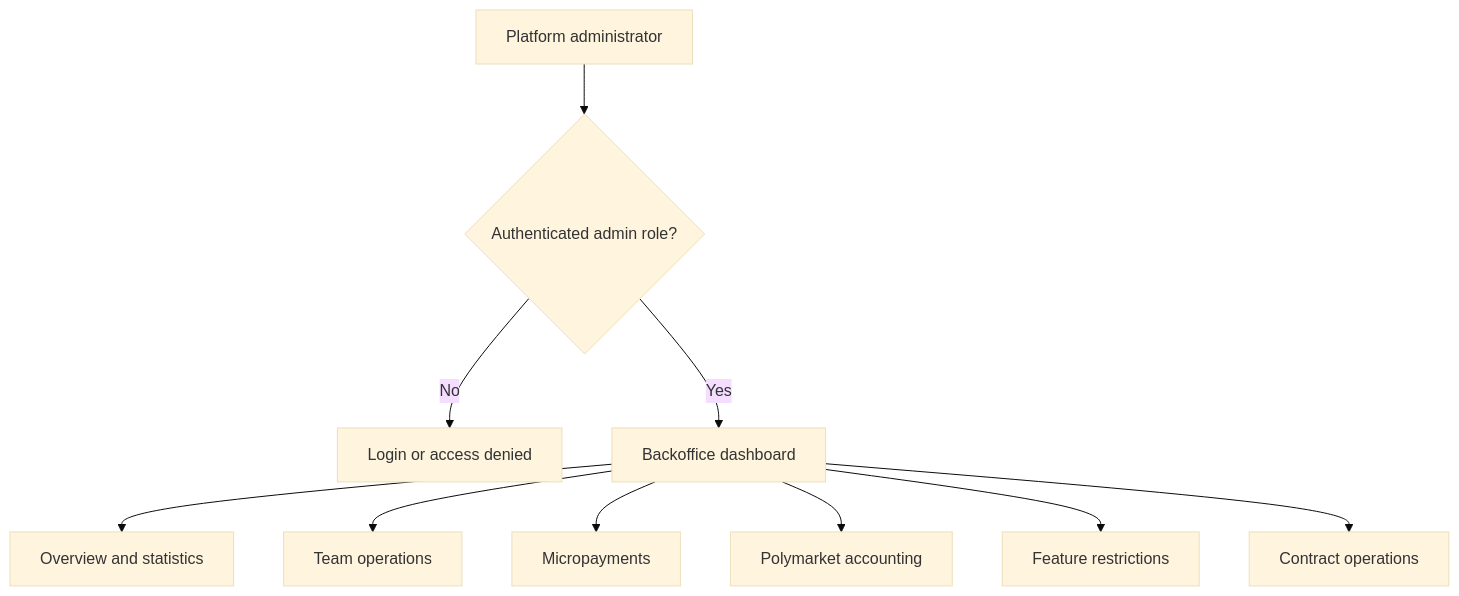
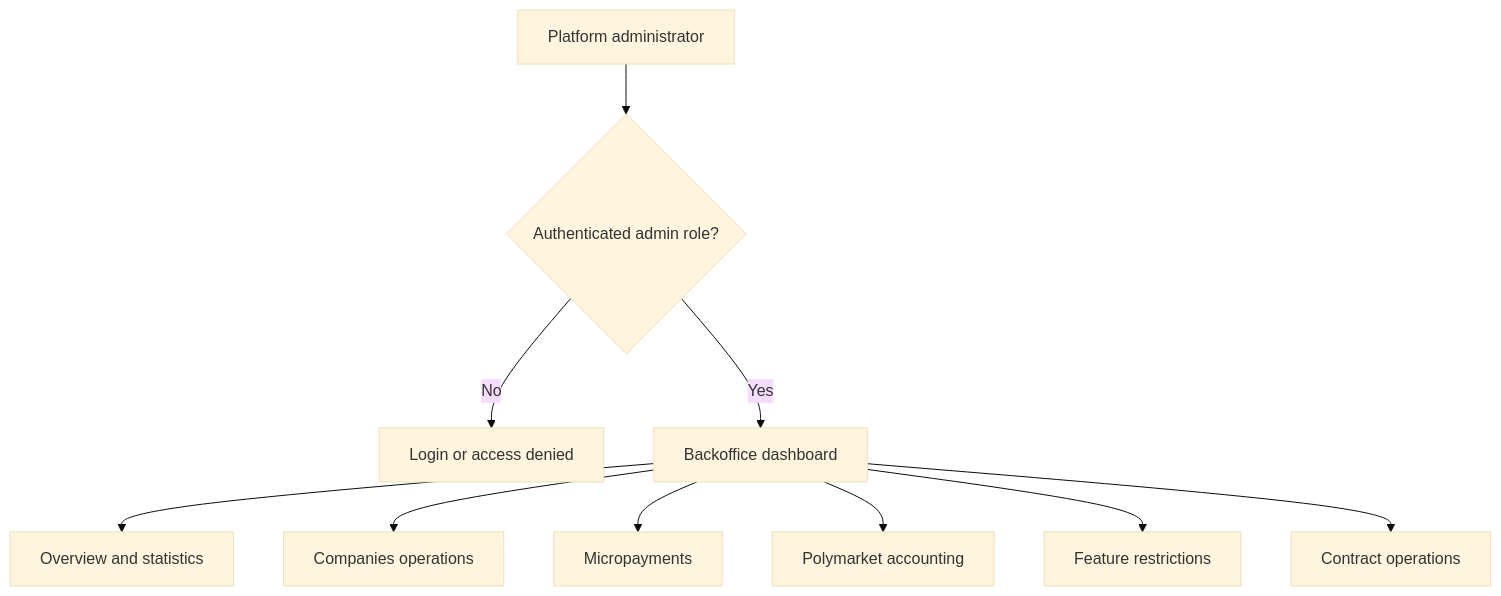
Before and after one commit to globe-and-citizen/cnc-portal: the diagram in docs/features/backoffice/README.md, drawn with Mermaid (base theme). The commit also changed other lines of this file and 5 other files, not shown here.

Commit message:
docs: 📝 validate Companies Operations user stories

````diff
--- a/docs/features/backoffice/README.md
+++ b/docs/features/backoffice/README.md
@@ -14,13 +14,13 @@
 ```mermaid
 flowchart TB
   admin[Platform administrator] --> guard{Authenticated admin role?}
   guard -->|No| denied[Login or access denied]
   guard -->|Yes| dashboard[Backoffice dashboard]
 
   dashboard --> overview[Overview and statistics]
-  dashboard --> teams[Team operations]
+  dashboard --> companies[Companies operations]
   dashboard --> fees[Micropayments]
   dashboard --> accounting[Polymarket accounting]
   dashboard --> restrictions[Feature restrictions]
   dashboard --> contracts[Contract operations]
 ```
````
